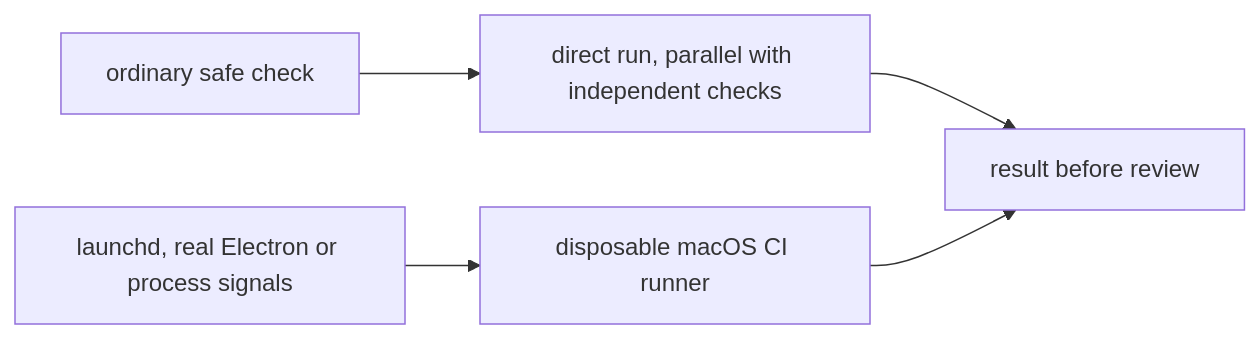
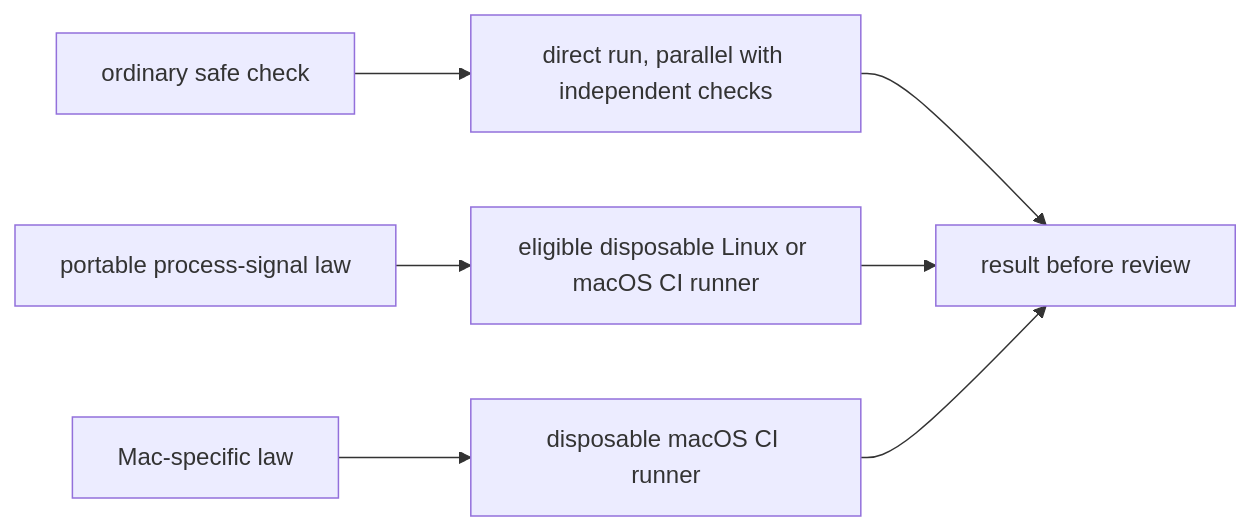
One commit to kamp-us/tea-fabrika changed the second of 2 diagrams in .decisions/0594-safe-checks-direct-mac-ci.md. Above: the diagram before and after it, drawn with Mermaid. The commit also changed other lines of this file and 3 other files, not shown here.

Commit message:
Portable process-signal laws may use eligible disposable Linux CI

````diff
--- a/.decisions/0594-safe-checks-direct-mac-ci.md
+++ b/.decisions/0594-safe-checks-direct-mac-ci.md
@@ -23,7 +24,9 @@
 ```mermaid
 flowchart LR
   safe["ordinary safe check"] --> direct["direct run, parallel with independent checks"]
   direct --> result["result before review"]
-  mac["launchd, real Electron or process signals"] --> isolated["disposable macOS CI runner"]
+  portable["portable process-signal law"] --> linux["eligible disposable Linux or macOS CI runner"]
+  mac["Mac-specific law"] --> isolated["disposable macOS CI runner"]
+  linux --> result
   isolated --> result
 ```
````
